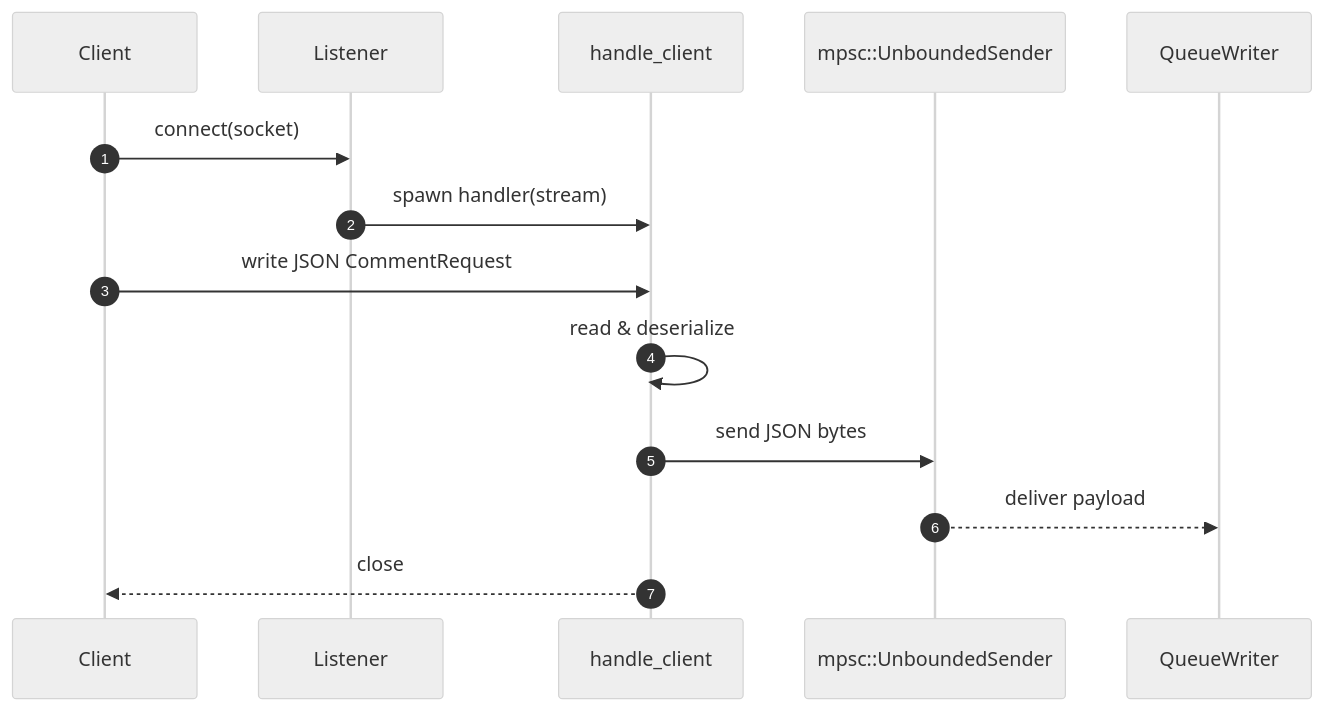
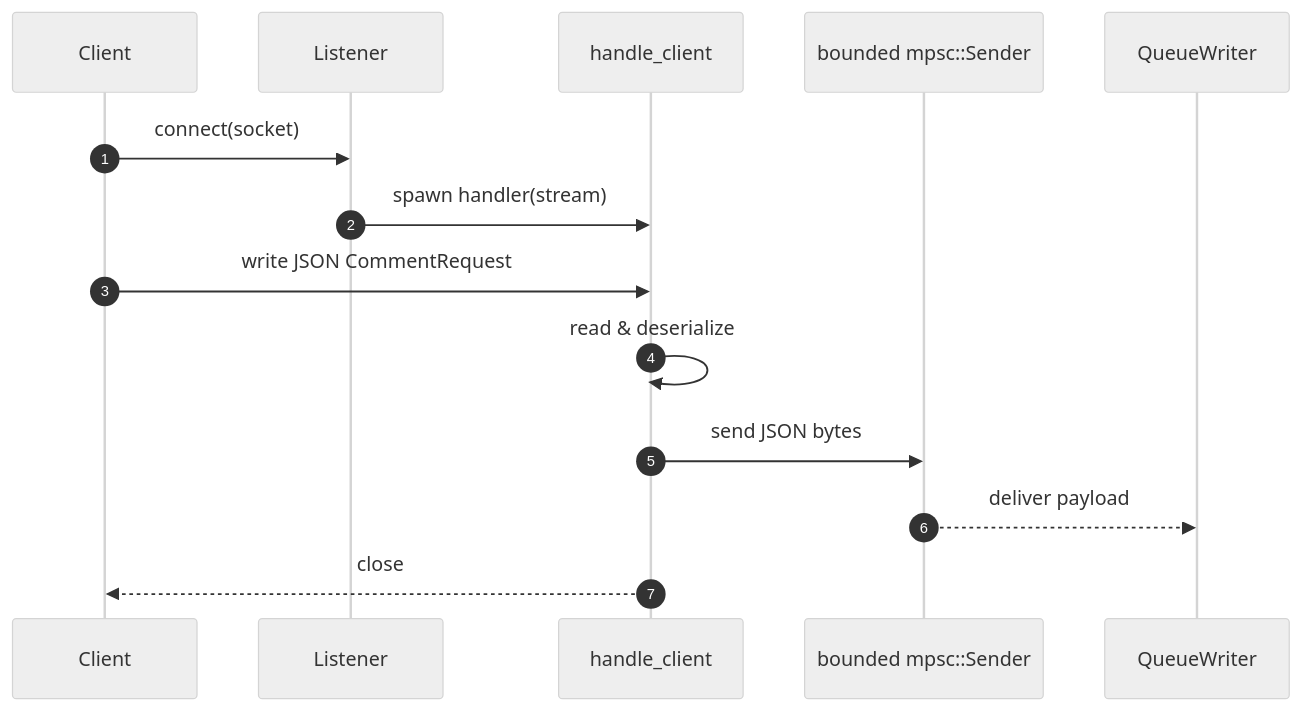
One commit to leynos/comenq changed the second of 3 diagrams in docs/comenq-design.md. Above: the diagram before and after it, drawn with Mermaid (neutral theme). The commit also changed other lines of this file and 55 other files, not shown here.

````diff
--- a/docs/comenq-design.md
+++ b/docs/comenq-design.md
@@ -506,17 +380,17 @@
 ```mermaid
 sequenceDiagram
   autonumber
   participant Client as Client
   participant L as Listener
   participant H as handle_client
-  participant TX as mpsc::UnboundedSender
+  participant TX as bounded mpsc::Sender
   participant QW as QueueWriter
 
   Client->>L: connect(socket)
   L->>H: spawn handler(stream)
   Client->>H: write JSON CommentRequest
   H->>H: read & deserialize
   H->>TX: send JSON bytes
   TX-->>QW: deliver payload
   H-->>Client: close
 ```
````
